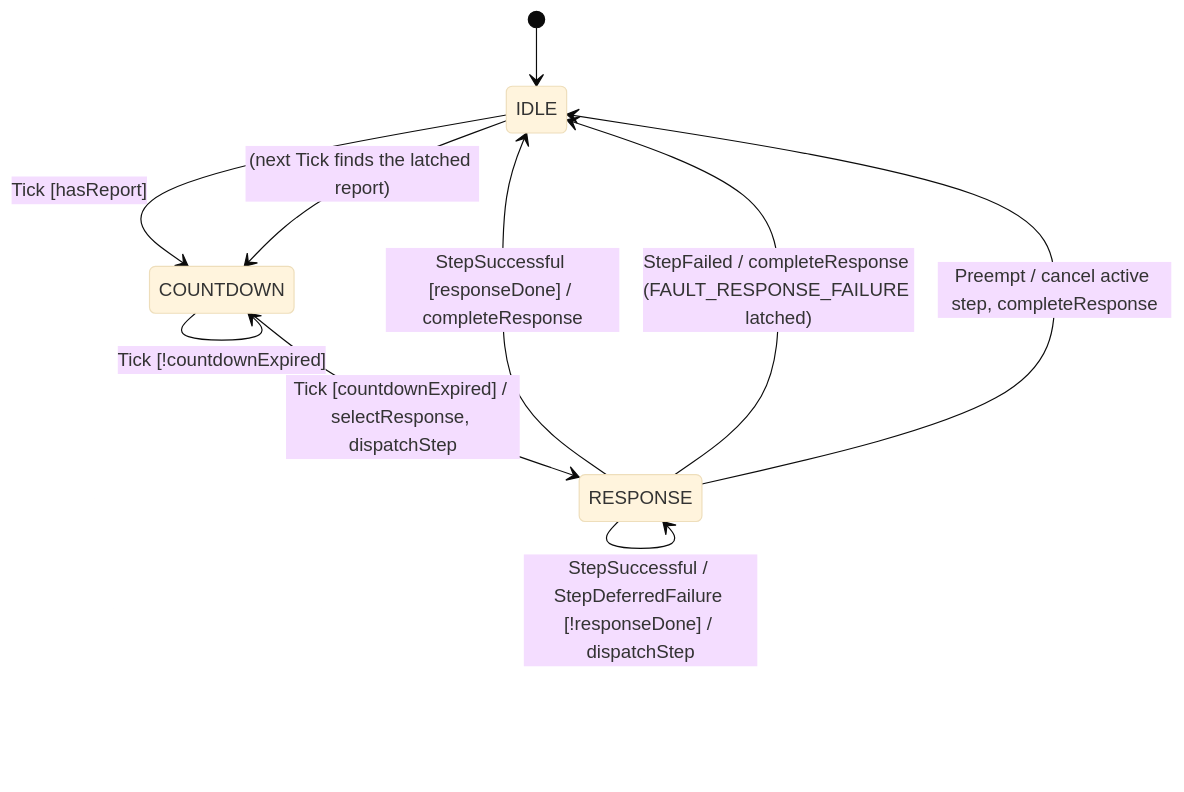
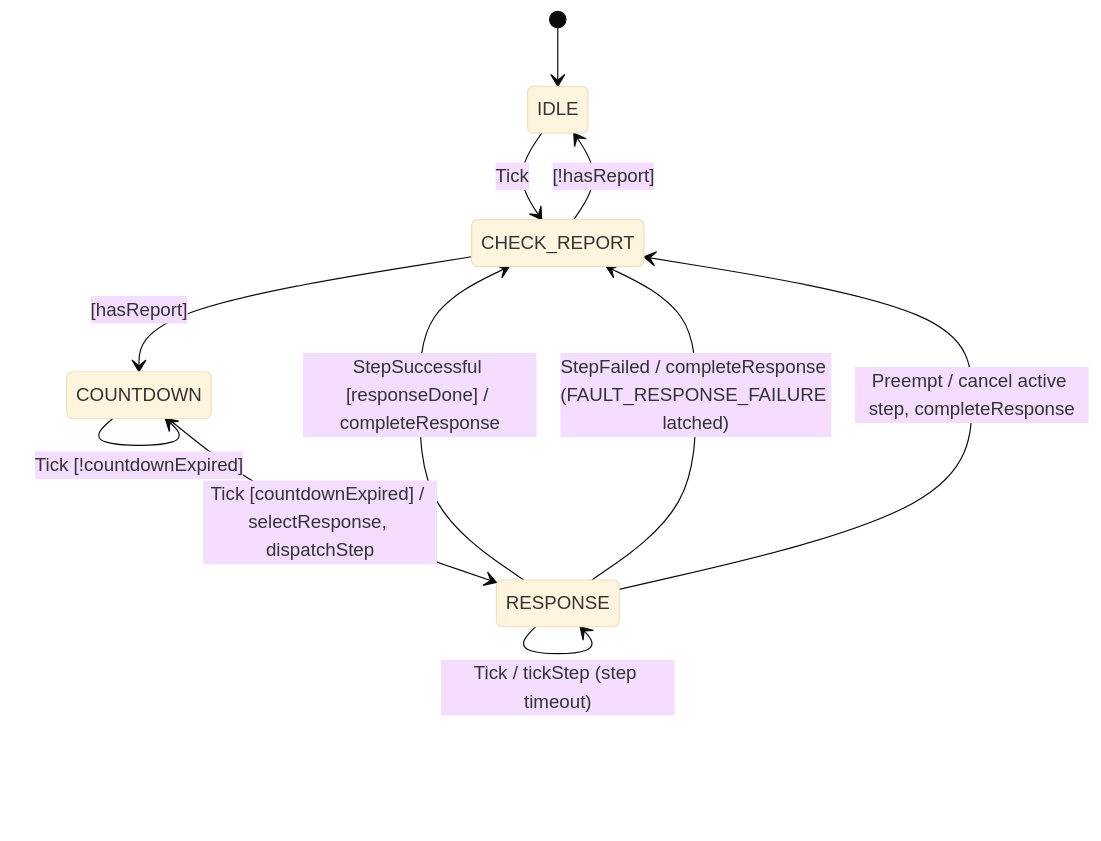
Before and after one commit to LeStarch/fprime: the diagram in Svc/FaultProtection/FaultManager/docs/sdd.md, drawn with Mermaid (base theme). The commit also changed other lines of this file and 44 other files, not shown here.

````diff
--- a/Svc/FaultProtection/FaultManager/docs/sdd.md
+++ b/Svc/FaultProtection/FaultManager/docs/sdd.md
@@ -37,12 +37,14 @@
 ```mermaid
 stateDiagram-v2
     [*] --> IDLE
-    IDLE --> COUNTDOWN: Tick [hasReport]
+    IDLE --> CHECK_REPORT: Tick
+    CHECK_REPORT --> COUNTDOWN: [hasReport]
+    CHECK_REPORT --> IDLE: [!hasReport]
     COUNTDOWN --> COUNTDOWN: Tick [!countdownExpired]
     COUNTDOWN --> RESPONSE: Tick [countdownExpired] / selectResponse, dispatchStep
     RESPONSE --> RESPONSE: StepSuccessful / StepDeferredFailure [!responseDone] / dispatchStep
-    RESPONSE --> IDLE: StepSuccessful [responseDone] / completeResponse
-    RESPONSE --> IDLE: StepFailed / completeResponse (FAULT_RESPONSE_FAILURE latched)
-    RESPONSE --> IDLE: Preempt / cancel active step, completeResponse
-    IDLE --> COUNTDOWN: (next Tick finds the latched report)
+    RESPONSE --> CHECK_REPORT: StepSuccessful [responseDone] / completeResponse
+    RESPONSE --> CHECK_REPORT: StepFailed / completeResponse (FAULT_RESPONSE_FAILURE latched)
+    RESPONSE --> CHECK_REPORT: Preempt / cancel active step, completeResponse
+    RESPONSE --> RESPONSE: Tick / tickStep (step timeout)
 ```
````
